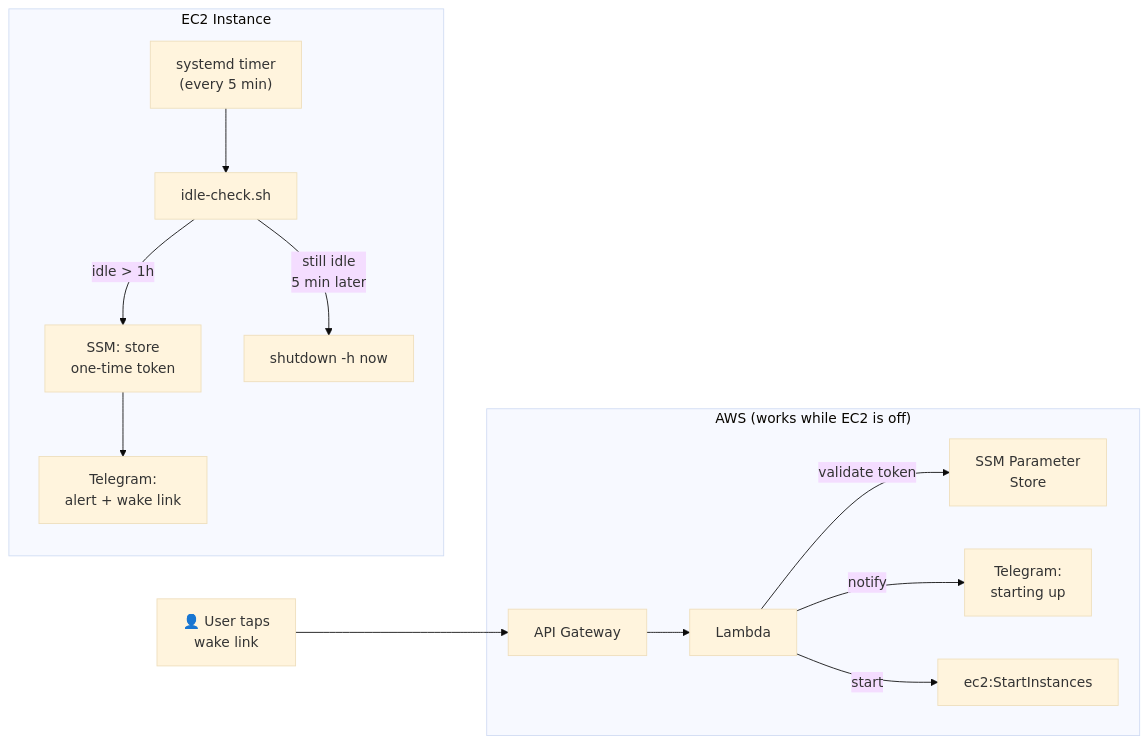
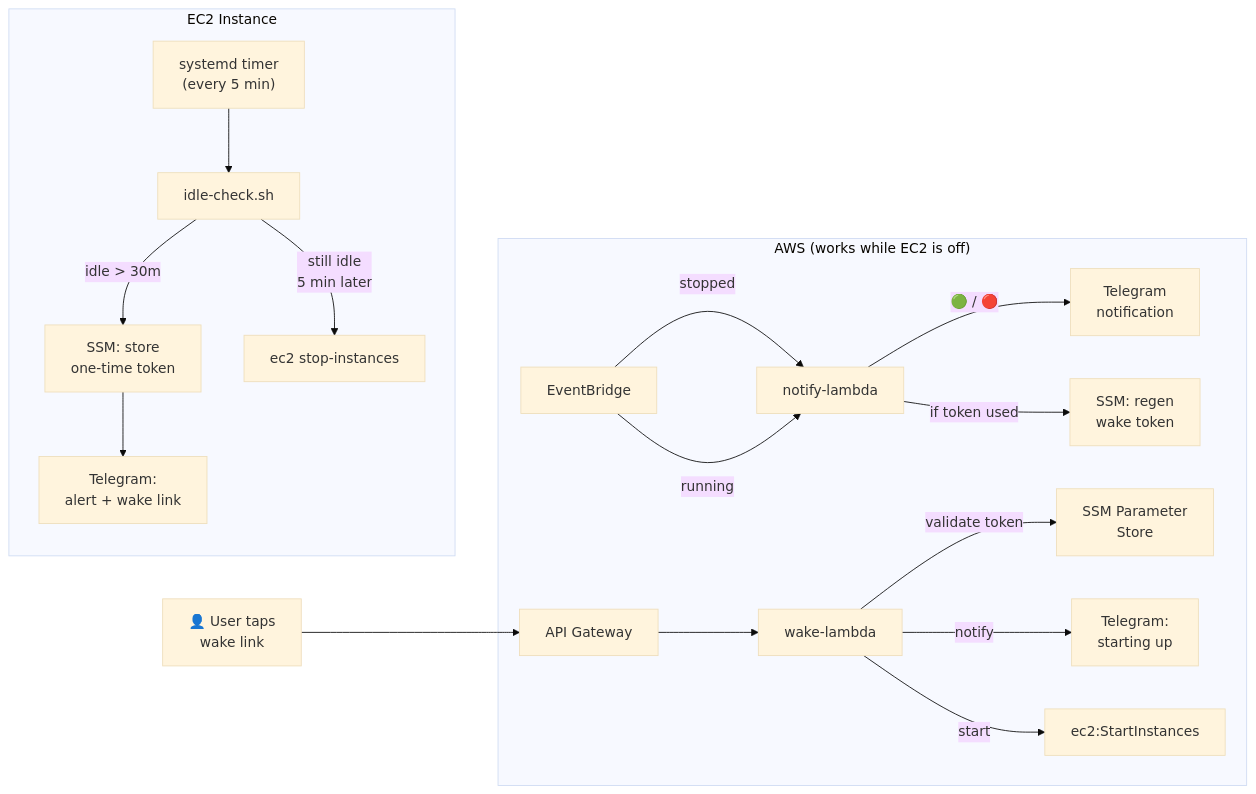
Before and after one commit to inceptionstack/loki-agent: the diagram in bootstraps/optional/BOOTSTRAP-IDLE-SHUTDOWN.md, drawn with Mermaid (base theme). The commit also changed other lines of this file, not shown here.

First line of the commit message:
docs: rewrite idle shutdown bootstrap — EventBridge notifications, no DNS, no identifying info

````diff
--- a/bootstraps/optional/BOOTSTRAP-IDLE-SHUTDOWN.md
+++ b/bootstraps/optional/BOOTSTRAP-IDLE-SHUTDOWN.md
@@ -5,18 +5,22 @@
 ```mermaid
 flowchart LR
     subgraph EC2["EC2 Instance"]
         Timer["systemd timer\n(every 5 min)"] --> Script["idle-check.sh"]
-        Script -->|"idle > 1h"| SSM_PUT["SSM: store\none-time token"]
+        Script -->|"idle > 30m"| SSM_PUT["SSM: store\none-time token"]
         SSM_PUT --> TG_ALERT["Telegram:\nalert + wake link"]
-        Script -->|"still idle\n5 min later"| SHUTDOWN["shutdown -h now"]
+        Script -->|"still idle\n5 min later"| SHUTDOWN["ec2 stop-instances"]
     end
 
     subgraph AWS["AWS (works while EC2 is off)"]
-        APIGW["API Gateway"] --> Lambda
-        Lambda -->|"validate token"| SSM_GET["SSM Parameter\nStore"]
-        Lambda -->|"notify"| TG_WAKE["Telegram:\nstarting up"]
-        Lambda -->|"start"| EC2_START["ec2:StartInstances"]
+        EB["EventBridge"] -->|"stopped"| NotifyLambda["notify-lambda"]
+        EB -->|"running"| NotifyLambda
+        NotifyLambda -->|"🟢 / 🔴"| TG_NOTIFY["Telegram\nnotification"]
+        NotifyLambda -->|"if token used"| SSM_REGEN["SSM: regen\nwake token"]
+        APIGW["API Gateway"] --> WakeLambda["wake-lambda"]
+        WakeLambda -->|"validate token"| SSM_GET["SSM Parameter\nStore"]
+        WakeLambda -->|"notify"| TG_WAKE["Telegram:\nstarting up"]
+        WakeLambda -->|"start"| EC2_START["ec2:StartInstances"]
     end
 
     User["👤 User taps\nwake link"] --> APIGW
 ```
````
